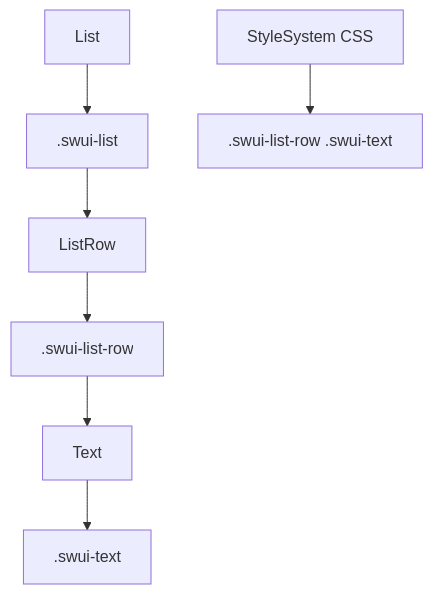
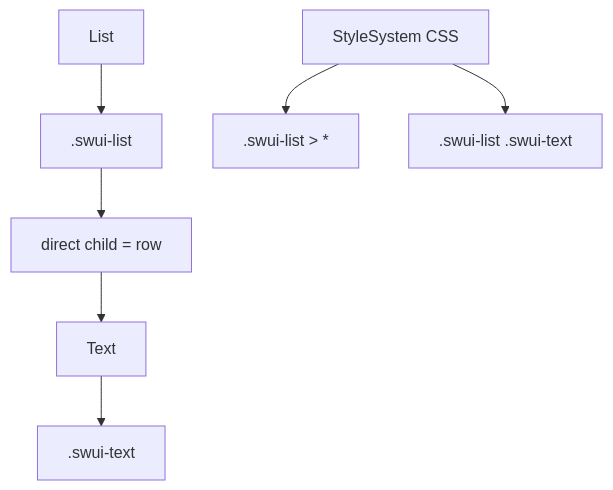
One commit to 1amageek/swift-web changed the third of 4 diagrams in docs/SwiftWebUIStyleDesign.md. Above: the diagram before and after it, drawn with Mermaid. The commit also changed other lines of this file and 29 other files, not shown here.

````diff
--- a/docs/SwiftWebUIStyleDesign.md
+++ b/docs/SwiftWebUIStyleDesign.md
@@ -91,9 +91,9 @@
 ```mermaid
 flowchart TD
     A["List"] --> B[".swui-list"]
-    B --> C["ListRow"]
-    C --> D[".swui-list-row"]
-    D --> E["Text"]
-    E --> F[".swui-text"]
-    G["StyleSystem CSS"] --> H[".swui-list-row .swui-text"]
+    B --> C["direct child = row"]
+    C --> D["Text"]
+    D --> E[".swui-text"]
+    F["StyleSystem CSS"] --> G[".swui-list > *"]
+    F --> H[".swui-list .swui-text"]
 ```
````
